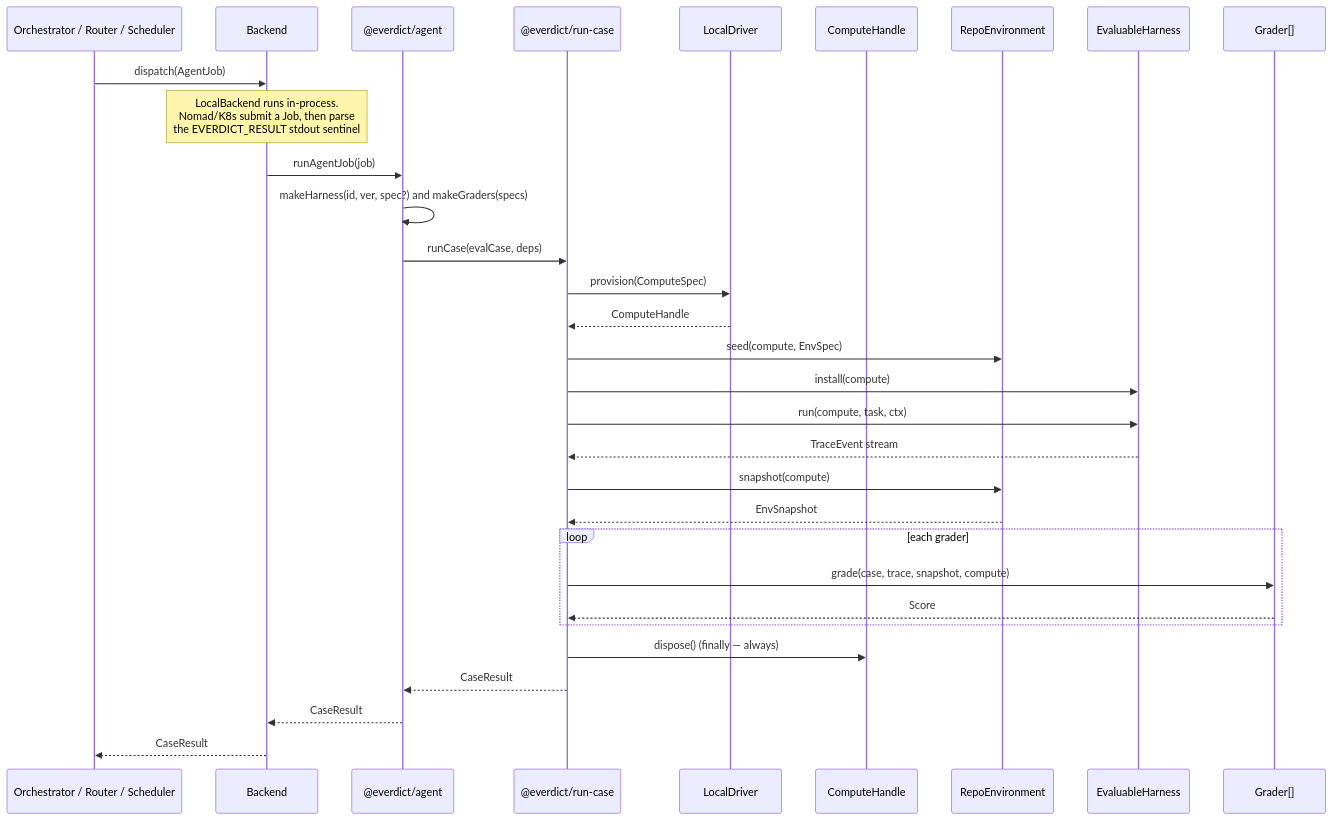
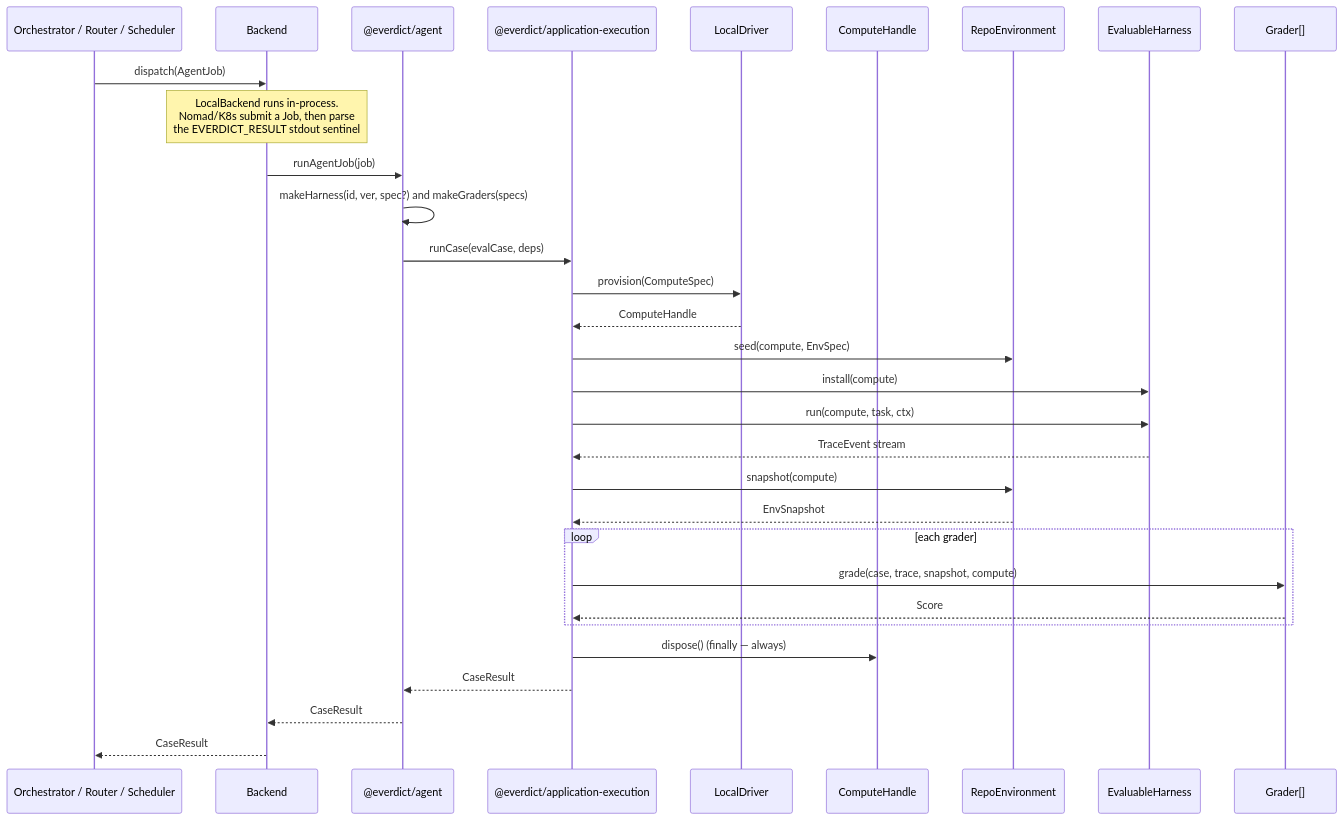
The second of 24 diagrams in docs/architecture/collaboration.md (everdict/everdict), drawn with Mermaid before and after one commit. The commit also changed other lines of this file and 141 other files, not shown here.

````diff
--- a/docs/architecture/collaboration.md
+++ b/docs/architecture/collaboration.md
@@ -132,34 +139,34 @@
 ```mermaid
 sequenceDiagram
   participant Caller as Orchestrator / Router / Scheduler
   participant Backend
   participant Agent as @everdict/agent
-  participant Runner as @everdict/run-case
+  participant Runner as @everdict/application-execution
   participant Driver as LocalDriver
   participant Compute as ComputeHandle
   participant Env as RepoEnvironment
   participant Harness as EvaluableHarness
   participant Grader as Grader[]
 
   Caller->>Backend: dispatch(AgentJob)
   Note over Backend: LocalBackend runs in-process.<br/>Nomad/K8s submit a Job, then parse<br/>the EVERDICT_RESULT stdout sentinel
   Backend->>Agent: runAgentJob(job)
   Agent->>Agent: makeHarness(id, ver, spec?) and makeGraders(specs)
   Agent->>Runner: runCase(evalCase, deps)
   Runner->>Driver: provision(ComputeSpec)
   Driver-->>Runner: ComputeHandle
   Runner->>Env: seed(compute, EnvSpec)
   Runner->>Harness: install(compute)
   Runner->>Harness: run(compute, task, ctx)
   Harness-->>Runner: TraceEvent stream
   Runner->>Env: snapshot(compute)
   Env-->>Runner: EnvSnapshot
   loop each grader
     Runner->>Grader: grade(case, trace, snapshot, compute)
     Grader-->>Runner: Score
   end
   Runner->>Compute: dispose()  (finally — always)
   Runner-->>Agent: CaseResult
   Agent-->>Backend: CaseResult
   Backend-->>Caller: CaseResult
 ```
````
